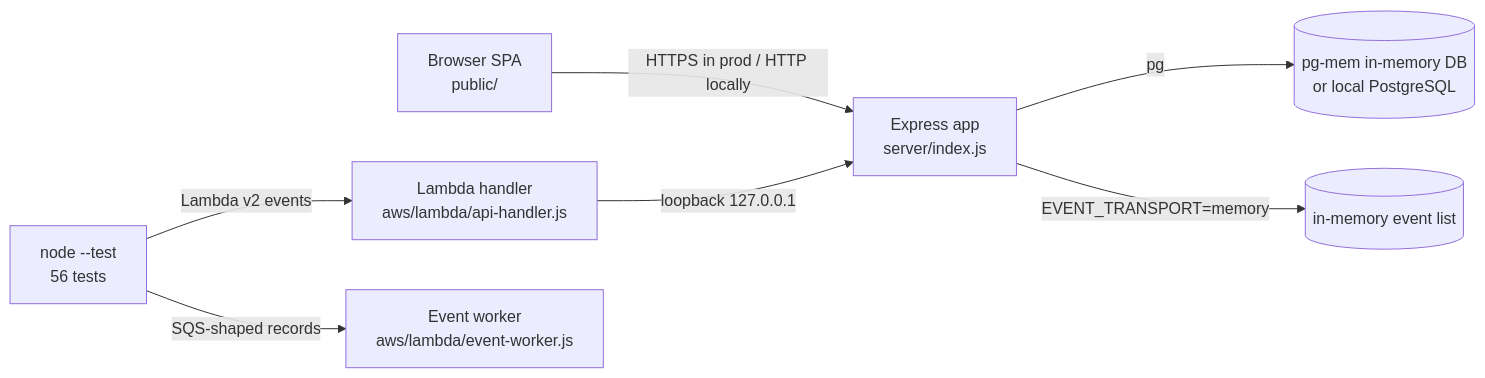
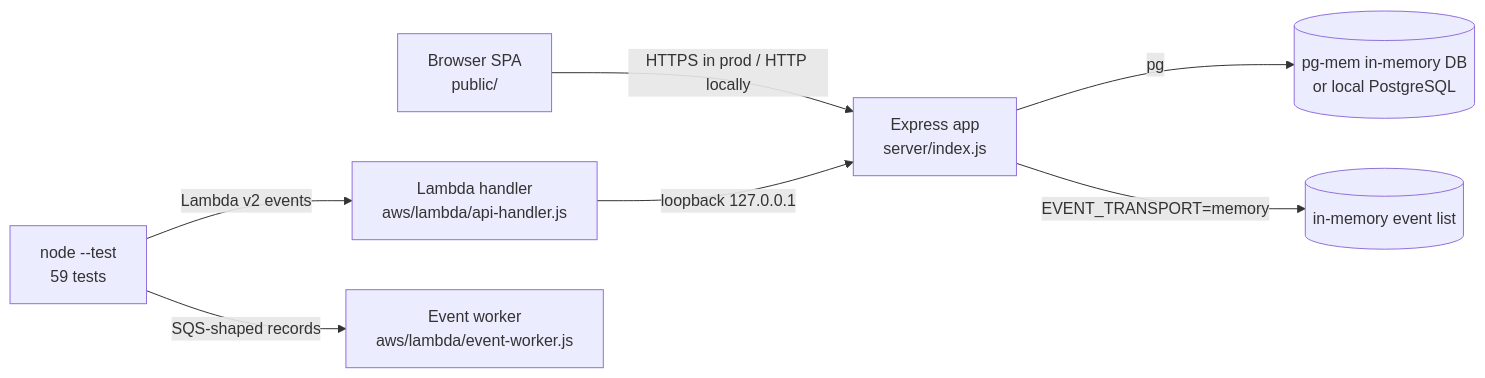
One commit to Ak7950/EnterpriseOS-AWS-Cloud changed the first of 3 diagrams in docs/architecture.md. Above: the diagram before and after it, drawn with Mermaid. The commit also changed 32 other files, not shown here.

````diff
--- a/docs/architecture.md
+++ b/docs/architecture.md
@@ -27,9 +27,9 @@
 ```mermaid
 flowchart LR
   B[Browser SPA<br/>public/] -->|HTTPS in prod / HTTP locally| E[Express app<br/>server/index.js]
   E -->|pg| M[(pg-mem in-memory DB<br/>or local PostgreSQL)]
-  T[node --test<br/>56 tests] -->|Lambda v2 events| H[Lambda handler<br/>aws/lambda/api-handler.js]
+  T[node --test<br/>59 tests] -->|Lambda v2 events| H[Lambda handler<br/>aws/lambda/api-handler.js]
   H -->|loopback 127.0.0.1| E
   E -->|EVENT_TRANSPORT=memory| Q[(in-memory event list)]
   T -->|SQS-shaped records| W[Event worker<br/>aws/lambda/event-worker.js]
 ```
````
